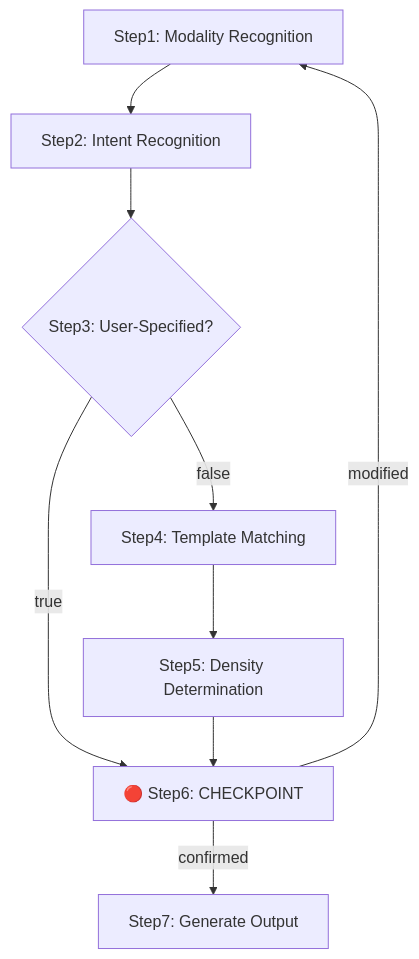
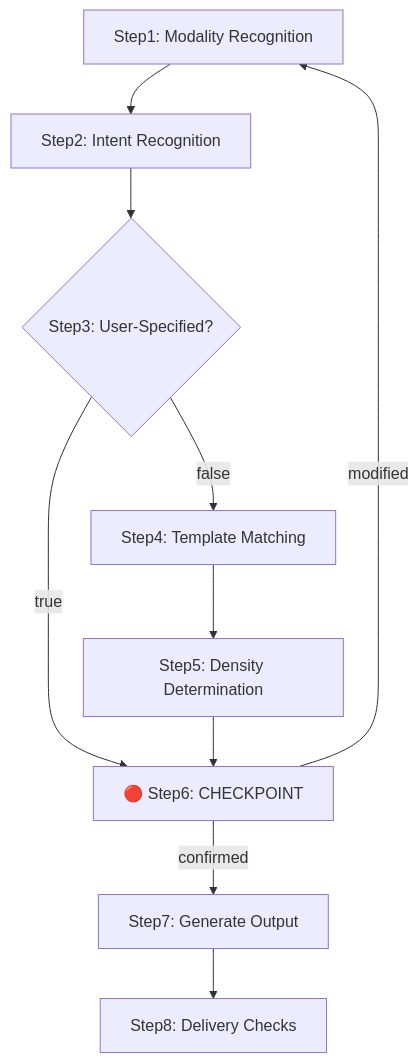
Before and after one commit to Kirky-X/cangjie: the diagram in modes/summarization.md, drawn with Mermaid. The commit also changed other lines of this file and 22 other files, not shown here.

````diff
--- a/modes/summarization.md
+++ b/modes/summarization.md
@@ -28,11 +28,12 @@
 ```mermaid
 flowchart TD
     S1["Step1: Modality Recognition"] --> S2["Step2: Intent Recognition"]
     S2 --> S3{"Step3: User-Specified?"}
     S3 -- true --> S6["🔴 Step6: CHECKPOINT"]
     S3 -- false --> S4["Step4: Template Matching"]
     S4 --> S5["Step5: Density Determination"]
     S5 --> S6
     S6 -- confirmed --> S7["Step7: Generate Output"]
+    S7 --> S8["Step8: Delivery Checks"]
     S6 -- modified --> S1
 ```
````
